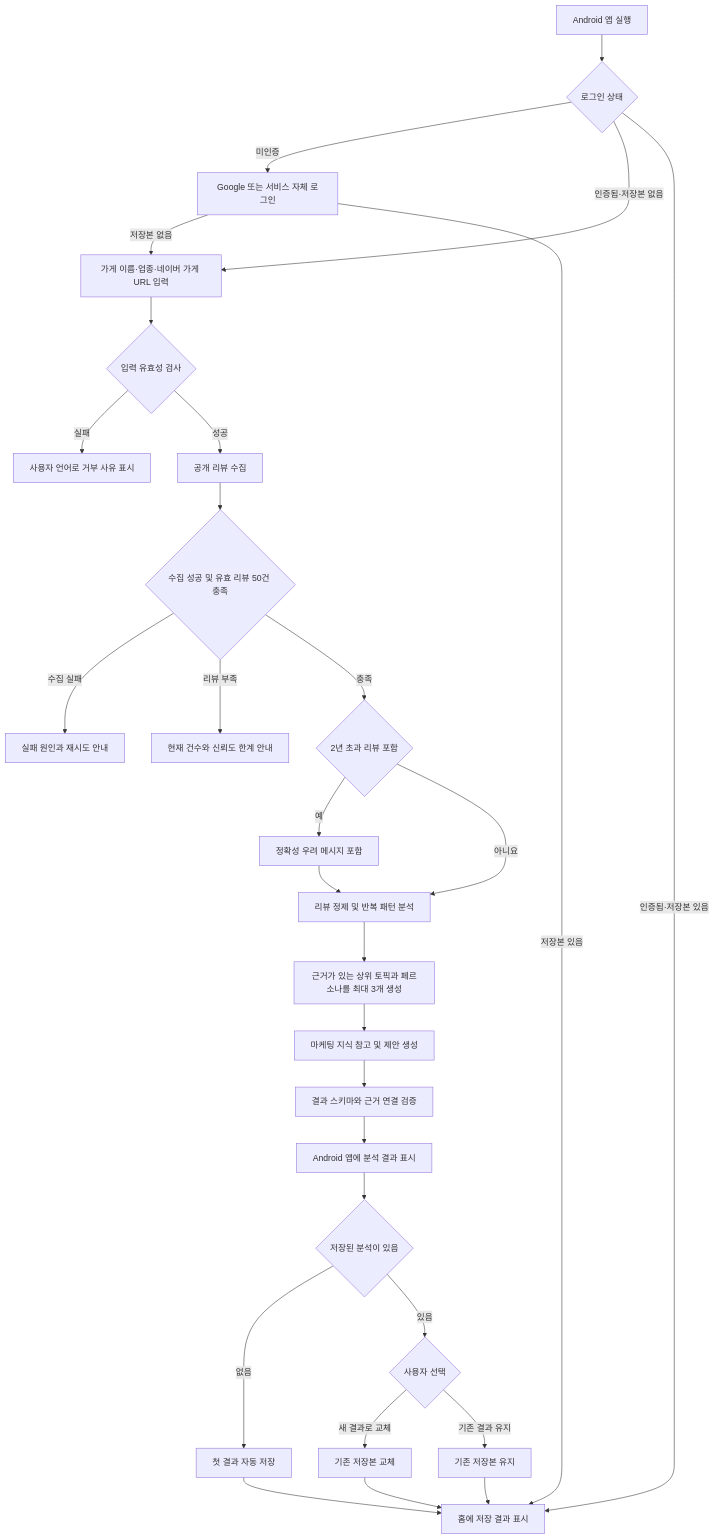
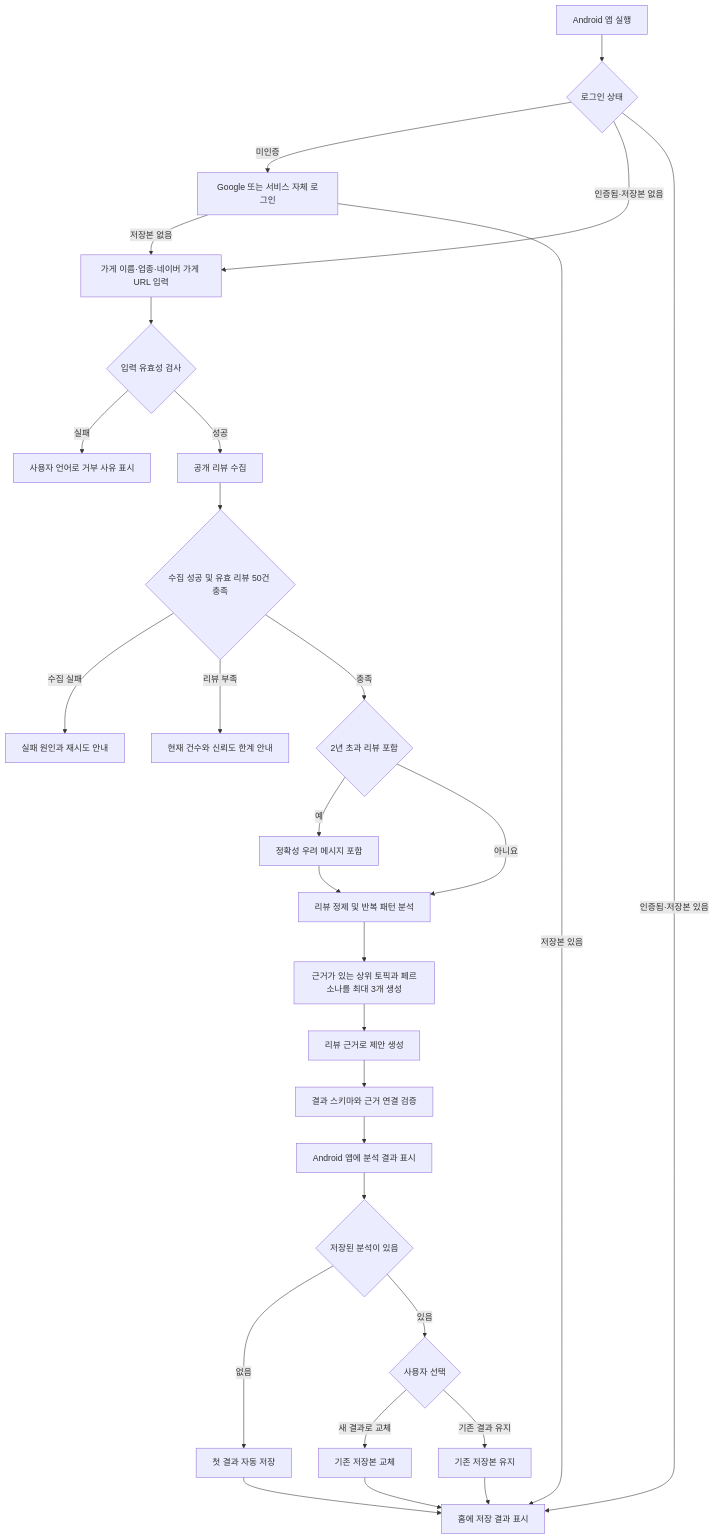
The diagram in docs/product/requirements/GUEST_ANALYSIS_FUNCTIONAL_SPEC.md (SKUnohtaekyung/PULSE_SCC), drawn with Mermaid before and after one commit. The commit also changed other lines of this file and 3 other files, not shown here.

````diff
--- a/docs/product/requirements/GUEST_ANALYSIS_FUNCTIONAL_SPEC.md
+++ b/docs/product/requirements/GUEST_ANALYSIS_FUNCTIONAL_SPEC.md
@@ -73,31 +73,31 @@
 ```mermaid
 flowchart TD
     A[Android 앱 실행] --> A1{로그인 상태}
     A1 -- 미인증 --> A2[Google 또는 서비스 자체 로그인]
     A1 -- 인증됨·저장본 없음 --> B[가게 이름·업종·네이버 가게 URL 입력]
     A1 -- 인증됨·저장본 있음 --> Q
     A2 -- 저장본 없음 --> B
     A2 -- 저장본 있음 --> Q
     B --> C{입력 유효성 검사}
     C -- 실패 --> D[사용자 언어로 거부 사유 표시]
     C -- 성공 --> E[공개 리뷰 수집]
     E --> F{수집 성공 및 유효 리뷰 50건 충족}
     F -- 수집 실패 --> G[실패 원인과 재시도 안내]
     F -- 리뷰 부족 --> H[현재 건수와 신뢰도 한계 안내]
     F -- 충족 --> F1{2년 초과 리뷰 포함}
     F1 -- 예 --> F2[정확성 우려 메시지 포함]
     F1 -- 아니요 --> I[리뷰 정제 및 반복 패턴 분석]
     F2 --> I
     I --> J[근거가 있는 상위 토픽과 페르소나를 최대 3개 생성]
-    J --> K[마케팅 지식 참고 및 제안 생성]
+    J --> K[리뷰 근거로 제안 생성]
     K --> L[결과 스키마와 근거 연결 검증]
     L --> M[Android 앱에 분석 결과 표시]
     M --> N{저장된 분석이 있음}
     N -- 없음 --> O[첫 결과 자동 저장]
     O --> Q[홈에 저장 결과 표시]
     N -- 있음 --> P{사용자 선택}
     P -- 새 결과로 교체 --> R[기존 저장본 교체]
     P -- 기존 결과 유지 --> S[기존 저장본 유지]
     R --> Q
     S --> Q
 ```
````
